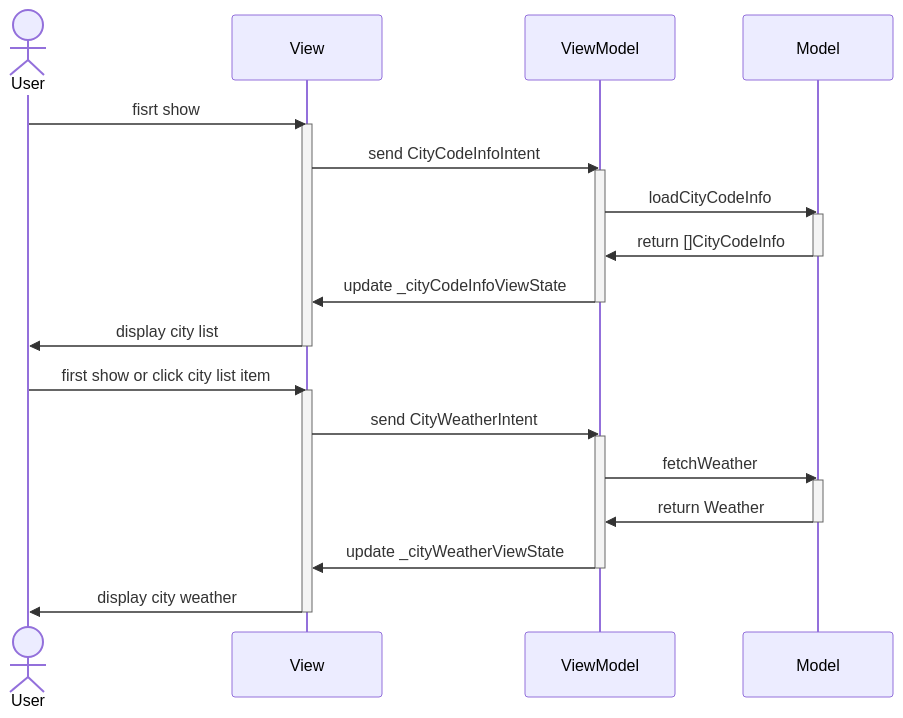
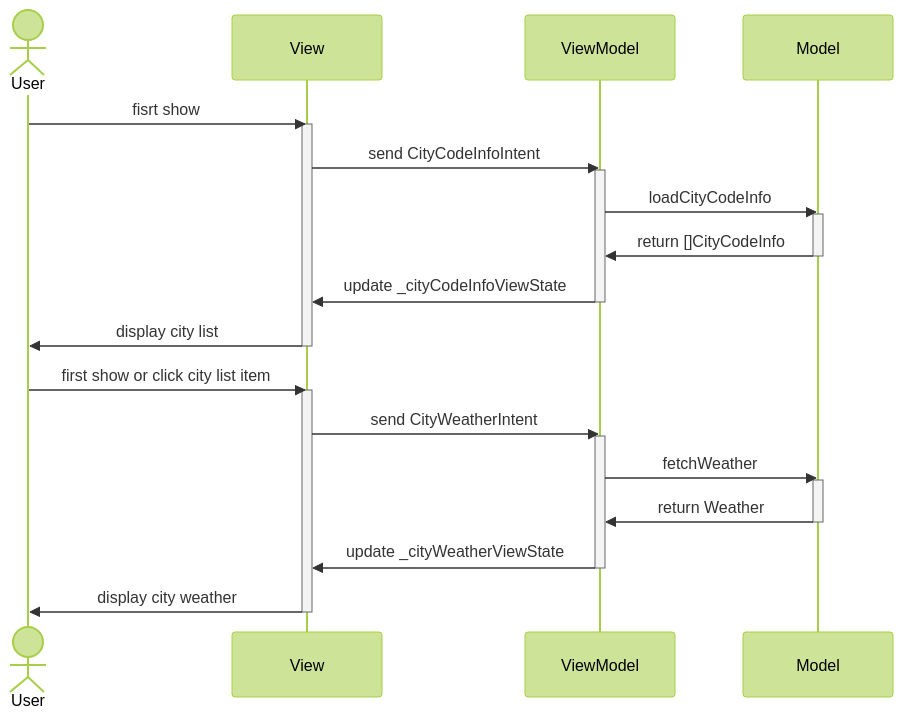
The third of 3 diagrams in _posts/2024-08-12-Harmony-MVI.md (WJRye/wjrye.github.io), drawn with Mermaid before and after one commit. The commit also changed other lines of this file and 1 other file, not shown here.

````diff
--- a/_posts/2024-08-12-Harmony-MVI.md
+++ b/_posts/2024-08-12-Harmony-MVI.md
@@ -299,32 +293,32 @@
-<div class="mermaid">
-sequenceDiagram;
+```mermaid
+%%{ init : { "theme": "forest" } }%%
+sequenceDiagram
     actor User;
     
     User ->> View: fisrt show;
     activate View;
     View ->> ViewModel: send CityCodeInfoIntent;
     activate ViewModel;
     ViewModel ->> Model: loadCityCodeInfo;
     activate Model;
     Model ->> ViewModel: return []CityCodeInfo;
     deactivate Model;
     ViewModel ->> View: update _cityCodeInfoViewState;
     deactivate ViewModel;
     View ->> User: display city list;
     deactivate View;
     
   
     User ->> View: first show or click city list item;
     activate View;
     View ->> ViewModel: send CityWeatherIntent;
     activate ViewModel;
     ViewModel ->> Model: fetchWeather;
     activate Model;
     Model ->> ViewModel: return Weather;
     deactivate Model;
     ViewModel ->> View: update _cityWeatherViewState;
     deactivate ViewModel;
     View ->> User: display city weather;
     deactivate View;
-   
-</div>
+```
````
